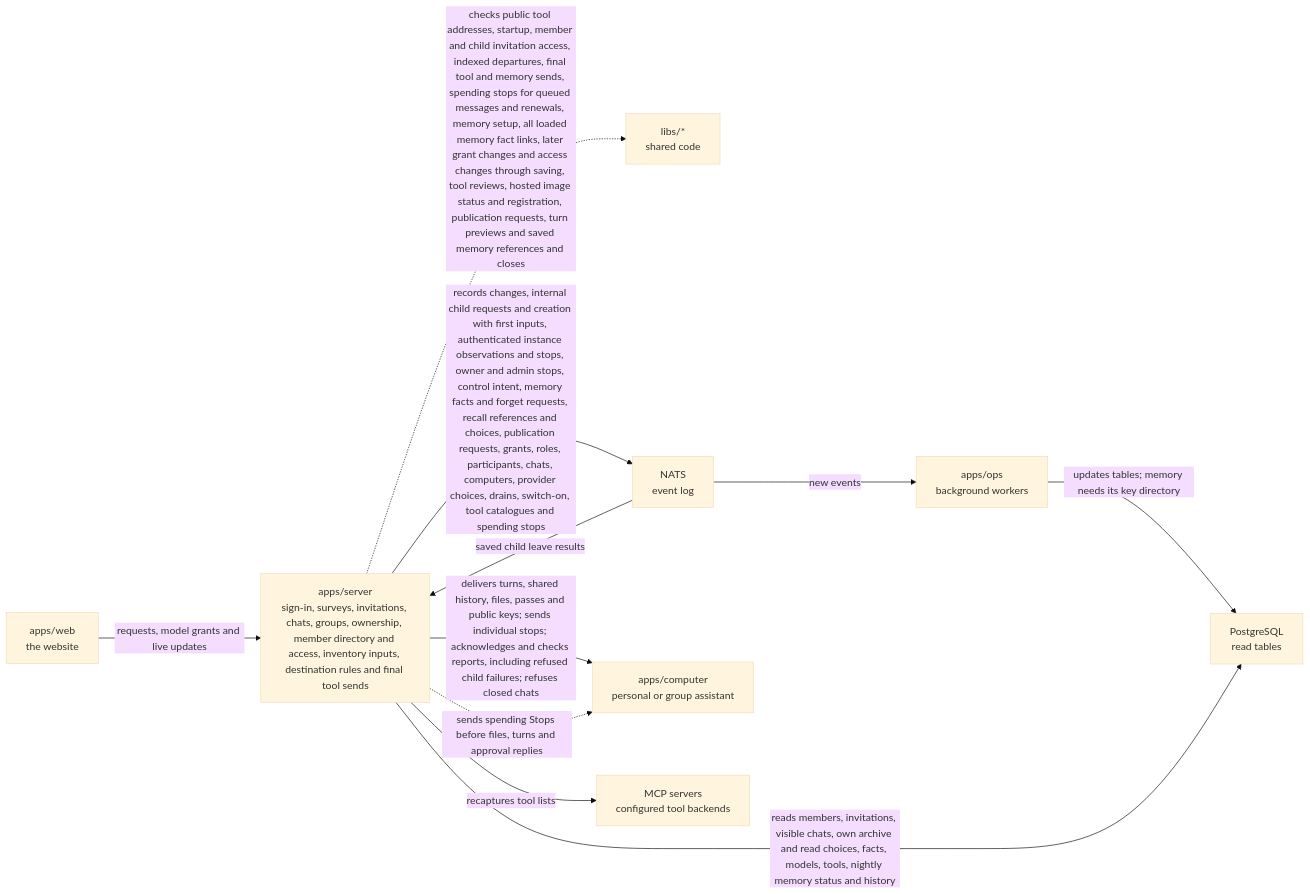
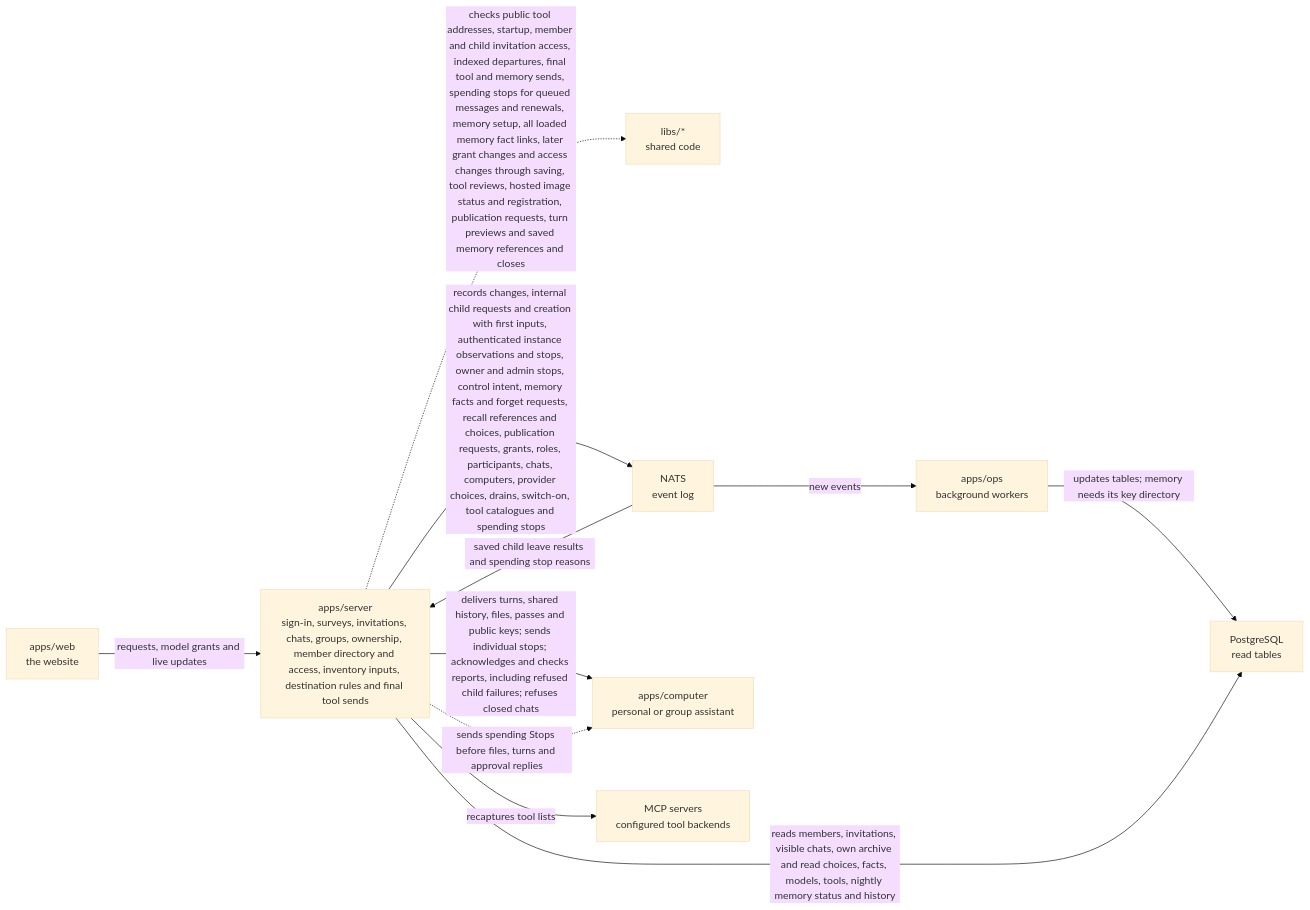
One commit to elewa-git/opencrane-new changed the diagram in apps/server/README.md. Above: the diagram before and after it, drawn with Mermaid (base theme). The commit also changed other lines of this file and 15 other files, not shown here.

Commit message:
💶 Let participants read a turn’s saved spending stop

````diff
--- a/apps/server/README.md
+++ b/apps/server/README.md
@@ -11,13 +11,13 @@
 ```mermaid
 flowchart LR
   web["apps/web<br/>the website"] -->|requests, model grants and live updates| server["apps/server<br/>sign-in, surveys, invitations, chats, groups, ownership, member directory and access, inventory inputs, destination rules and final tool sends"]
   server -.->|checks public tool addresses, startup, member and child invitation access, indexed departures, final tool and memory sends, spending stops for queued messages and renewals, memory setup, all loaded memory fact links, later grant changes and access changes through saving, tool reviews, hosted image status and registration, publication requests, turn previews and saved memory references and closes| libs["libs/*<br/>shared code"]
   server -->|records changes, internal child requests and creation with first inputs, authenticated instance observations and stops, owner and admin stops, control intent, memory facts and forget requests, recall references and choices, publication requests, grants, roles, participants, chats, computers, provider choices, drains, switch-on, tool catalogues and spending stops| nats["NATS<br/>event log"]
-  nats -->|saved child leave results| server
+  nats -->|saved child leave results and spending stop reasons| server
   nats -->|new events| ops["apps/ops<br/>background workers"]
   ops -->|updates tables; memory needs its key directory| postgres["PostgreSQL<br/>read tables"]
   server -->|reads members, invitations, visible chats, own archive and read choices, facts, models, tools, nightly memory status and history| postgres
   server -->|delivers turns, shared history, files, passes and public keys; sends individual stops; acknowledges and checks reports, including refused child failures; refuses closed chats| computer["apps/computer<br/>personal or group assistant"]
   server -->|recaptures tool lists| mcp["MCP servers<br/>configured tool backends"]
   server -.->|sends spending Stops before files, turns and approval replies| computer
 ```
````
